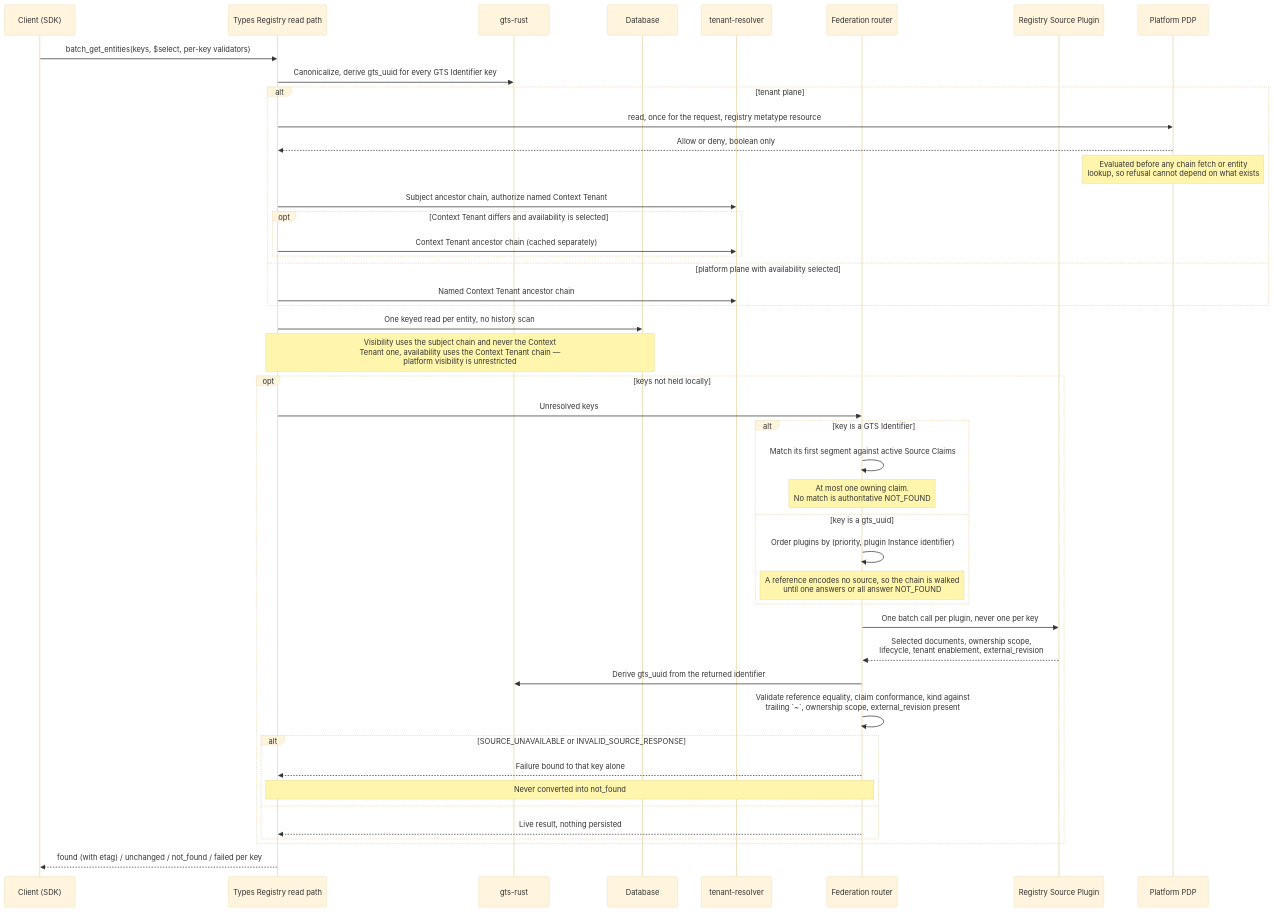
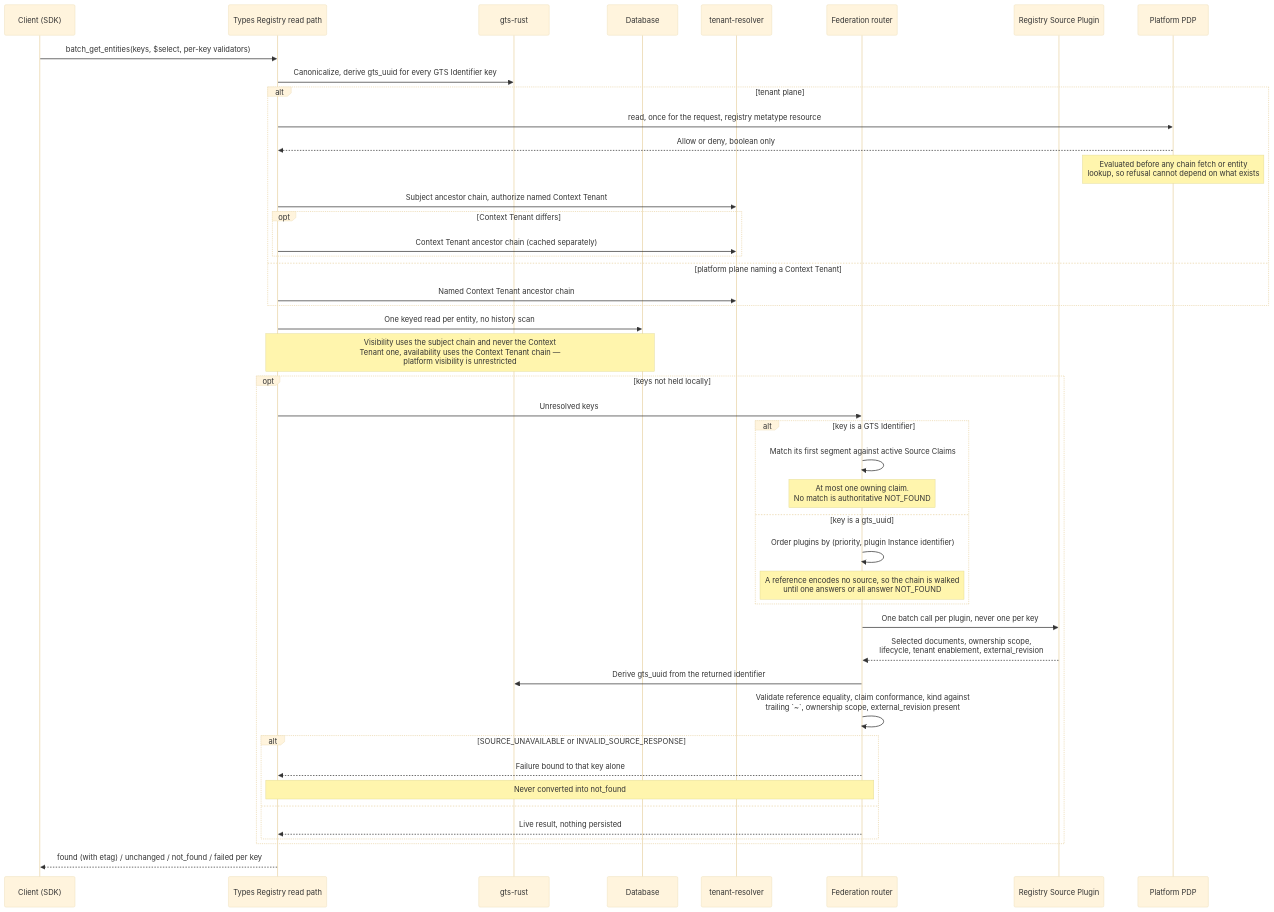
Before and after one commit to constructorfabric/gears-rust: the fifth of 6 diagrams in gears/system/types-registry/docs/DESIGN.md, drawn with Mermaid (base theme). The commit also changed other lines of this file and 40 other files, not shown here.

````diff
--- a/gears/system/types-registry/docs/DESIGN.md
+++ b/gears/system/types-registry/docs/DESIGN.md
@@ -2173,48 +2176,48 @@
 ```mermaid
 sequenceDiagram
     participant C as Client (SDK)
     participant A as Types Registry read path
     participant G as gts-rust
     participant D as Database
     participant T as tenant-resolver
     participant R as Federation router
     participant P as Registry Source Plugin
     participant Z as Platform PDP
 
     C->>A: batch_get_entities(keys, $select, per-key validators)
     A->>G: Canonicalize, derive gts_uuid for every GTS Identifier key
     alt tenant plane
         A->>Z: read, once for the request, registry metatype resource
         Z-->>A: Allow or deny, boolean only
         Note over Z: Evaluated before any chain fetch or entity<br/>lookup, so refusal cannot depend on what exists
         A->>T: Subject ancestor chain, authorize named Context Tenant
-        opt Context Tenant differs and availability is selected
+        opt Context Tenant differs
             A->>T: Context Tenant ancestor chain (cached separately)
         end
-    else platform plane with availability selected
+    else platform plane naming a Context Tenant
         A->>T: Named Context Tenant ancestor chain
     end
     A->>D: One keyed read per entity, no history scan
     Note over A,D: Visibility uses the subject chain and never the Context<br/>Tenant one, availability uses the Context Tenant chain —<br/>platform visibility is unrestricted
     opt keys not held locally
         A->>R: Unresolved keys
         alt key is a GTS Identifier
             R->>R: Match its first segment against active Source Claims
             Note over R: At most one owning claim.<br/>No match is authoritative NOT_FOUND
         else key is a gts_uuid
             R->>R: Order plugins by (priority, plugin Instance identifier)
             Note over R: A reference encodes no source, so the chain is walked<br/>until one answers or all answer NOT_FOUND
         end
         R->>P: One batch call per plugin, never one per key
         P-->>R: Selected documents, ownership scope,<br/>lifecycle, tenant enablement, external_revision
         R->>G: Derive gts_uuid from the returned identifier
         R->>R: Validate reference equality, claim conformance, kind against<br/>trailing `~`, ownership scope, external_revision present
         alt SOURCE_UNAVAILABLE or INVALID_SOURCE_RESPONSE
             R-->>A: Failure bound to that key alone
             Note over R,A: Never converted into not_found
         else
             R-->>A: Live result, nothing persisted
         end
     end
     A-->>C: found (with etag) / unchanged / not_found / failed per key
 ```
````
